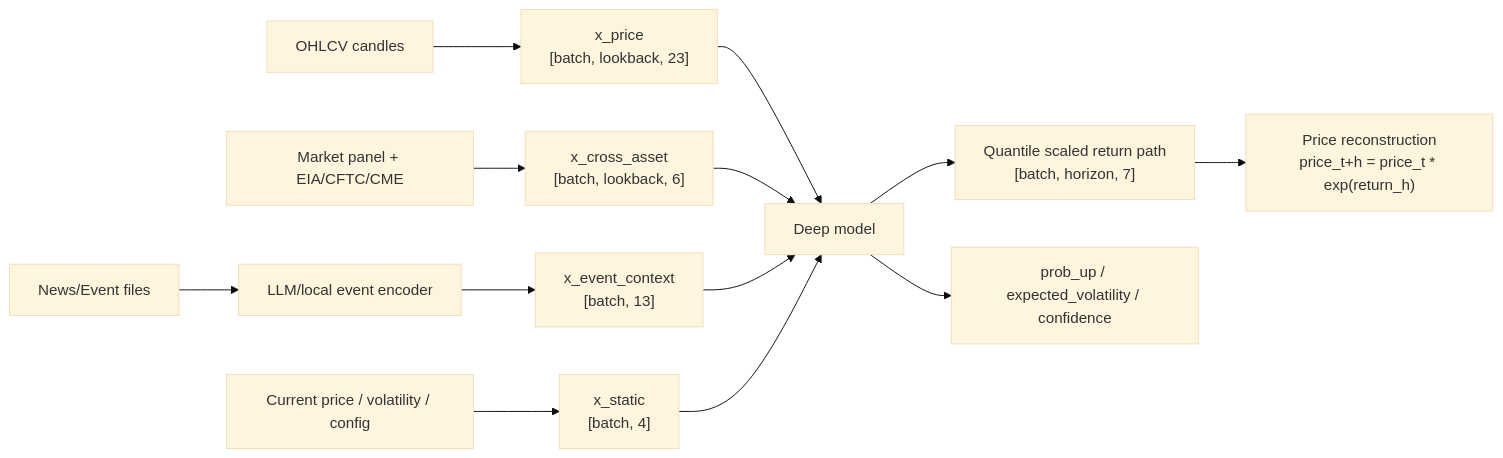
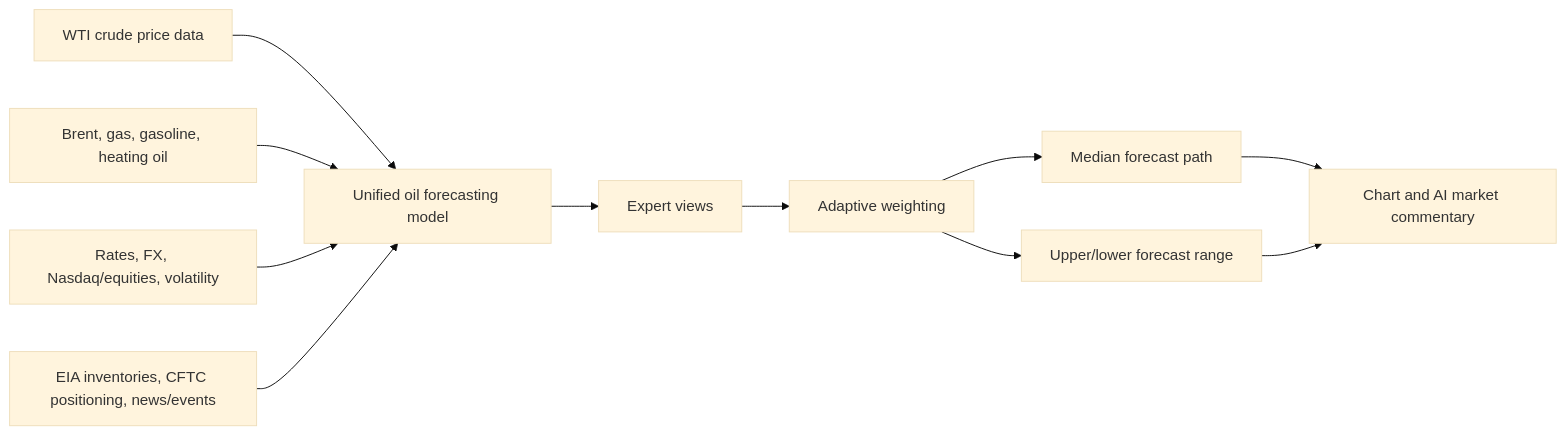
Before and after one commit to Ahn-Yubin/Oil-Price-Prediction: the diagram in docs/en/MODEL_DESIGN.md, drawn with Mermaid (base theme). The commit also changed other lines of this file and 99 other files, not shown here.

````diff
--- a/docs/en/MODEL_DESIGN.md
+++ b/docs/en/MODEL_DESIGN.md
@@ -73,15 +13,13 @@
 ```mermaid
 flowchart LR
-    A["OHLCV candles"] --> B["x_price\n[batch, lookback, 23]"]
-    C["Market panel + EIA/CFTC/CME"] --> D["x_cross_asset\n[batch, lookback, 6]"]
-    E["News/Event files"] --> F["LLM/local event encoder"]
-    F --> G["x_event_context\n[batch, 13]"]
-    H["Current price / volatility / config"] --> I["x_static\n[batch, 4]"]
-    B --> J["Deep model"]
-    D --> J
-    G --> J
+    A["WTI crude price data"] --> E["Unified oil forecasting model"]
+    B["Brent, gas, gasoline, heating oil"] --> E
+    C["Rates, FX, Nasdaq/equities, volatility"] --> E
+    D["EIA inventories, CFTC positioning, news/events"] --> E
+    E --> F["Expert views"]
+    F --> G["Adaptive weighting"]
+    G --> H["Median forecast path"]
+    G --> I["Upper/lower forecast range"]
+    H --> J["Chart and AI market commentary"]
     I --> J
-    J --> K["Quantile scaled return path\n[batch, horizon, 7]"]
-    J --> L["prob_up / expected_volatility / confidence"]
-    K --> M["Price reconstruction\nprice_t+h = price_t * exp(return_h)"]
 ```
````
